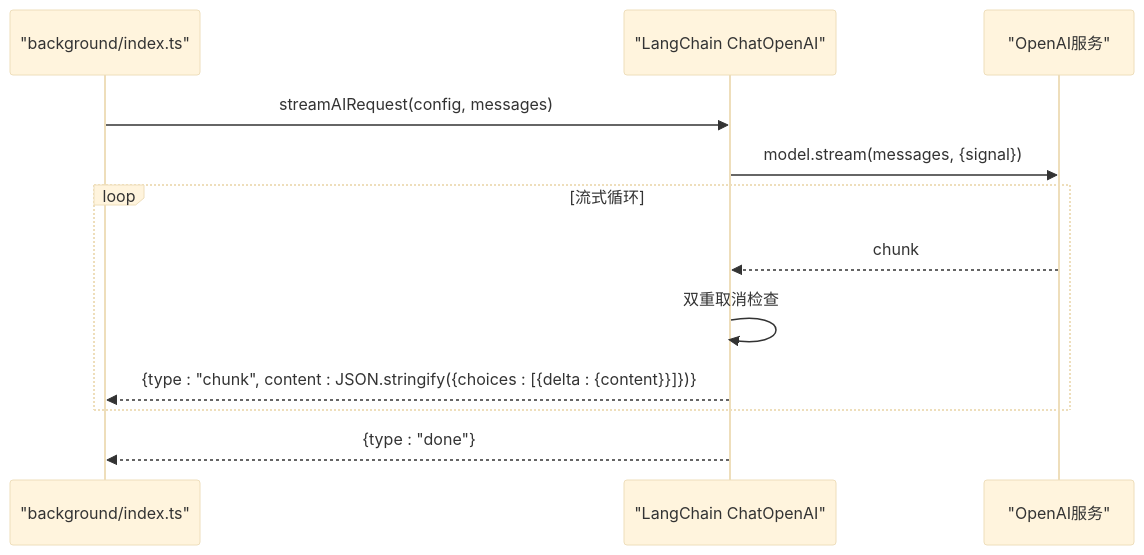
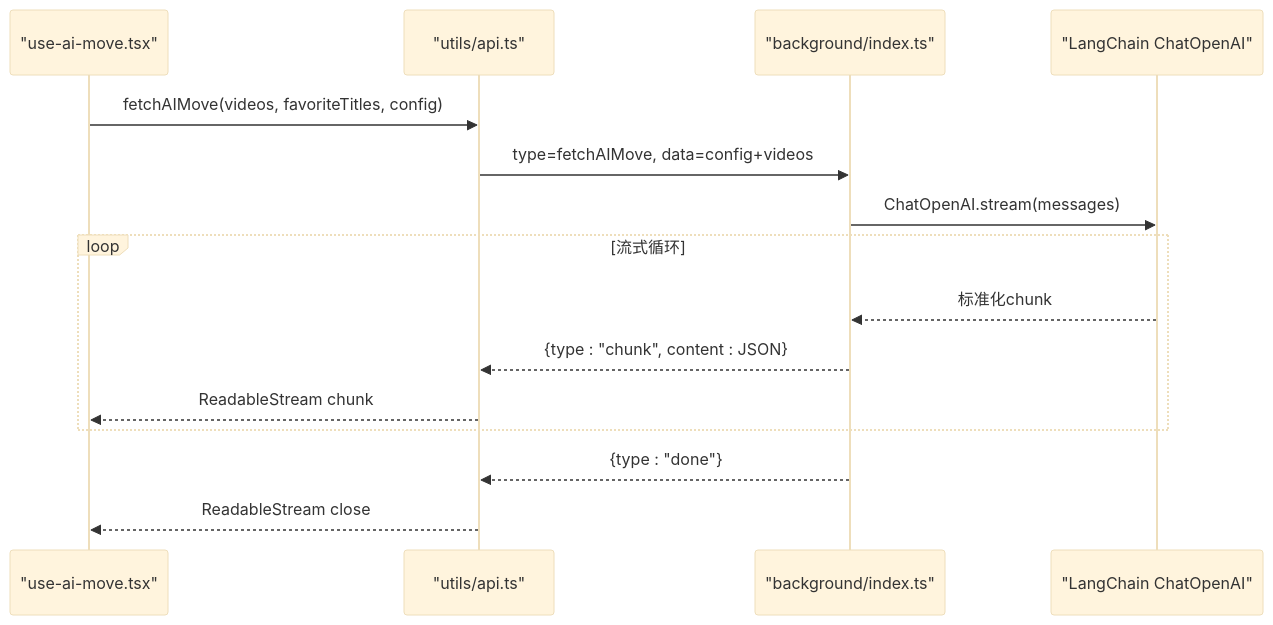
One commit to RadiumAg/bilibili-favorites changed the fourth of 6 diagrams in .qoder/repowiki/zh/content/API参考文档/AI服务API.md. Above: the diagram before and after it, drawn with Mermaid (base theme). The commit also changed other lines of this file and 27 other files, not shown here.

````diff
--- a/.qoder/repowiki/zh/content/API参考文档/AI服务API.md
+++ b/.qoder/repowiki/zh/content/API参考文档/AI服务API.md
@@ -215,14 +251,17 @@
 ```mermaid
 sequenceDiagram
+participant Hook as "use-ai-move.tsx"
+participant API as "utils/api.ts"
 participant BG as "background/index.ts"
 participant LC as "LangChain ChatOpenAI"
-participant OA as "OpenAI服务"
-BG->>LC : streamAIRequest(config, messages)
-LC->>OA : model.stream(messages, {signal})
+Hook->>API : fetchAIMove(videos, favoriteTitles, config)
+API->>BG : type=fetchAIMove, data=config+videos
+BG->>LC : ChatOpenAI.stream(messages)
 loop 流式循环
-OA-->>LC : chunk
-LC->>LC : 双重取消检查
-LC-->>BG : {type : "chunk", content : JSON.stringify({choices : [{delta : {content}}]})}
+LC-->>BG : 标准化chunk
+BG-->>API : {type : "chunk", content : JSON}
+API-->>Hook : ReadableStream chunk
 end
-LC-->>BG : {type : "done"}
+BG-->>API : {type : "done"}
+API-->>Hook : ReadableStream close
 ```
````
